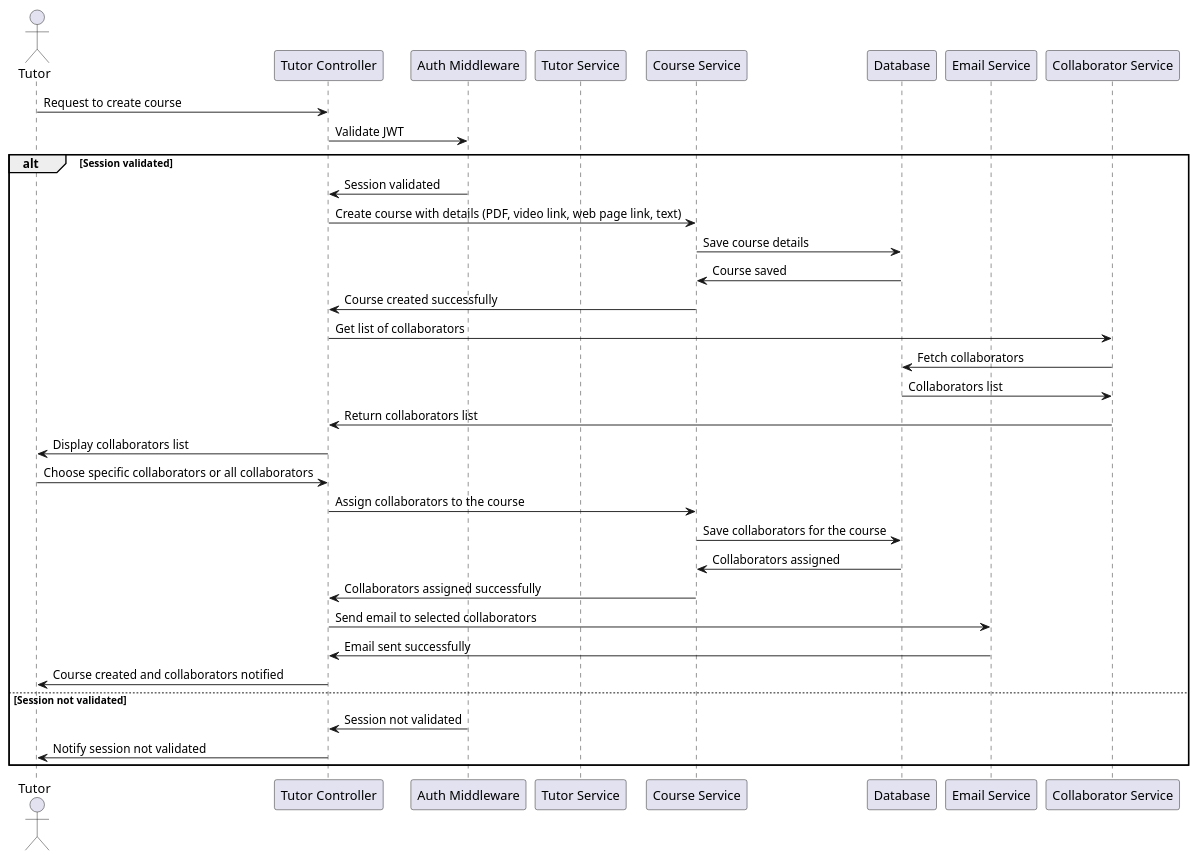
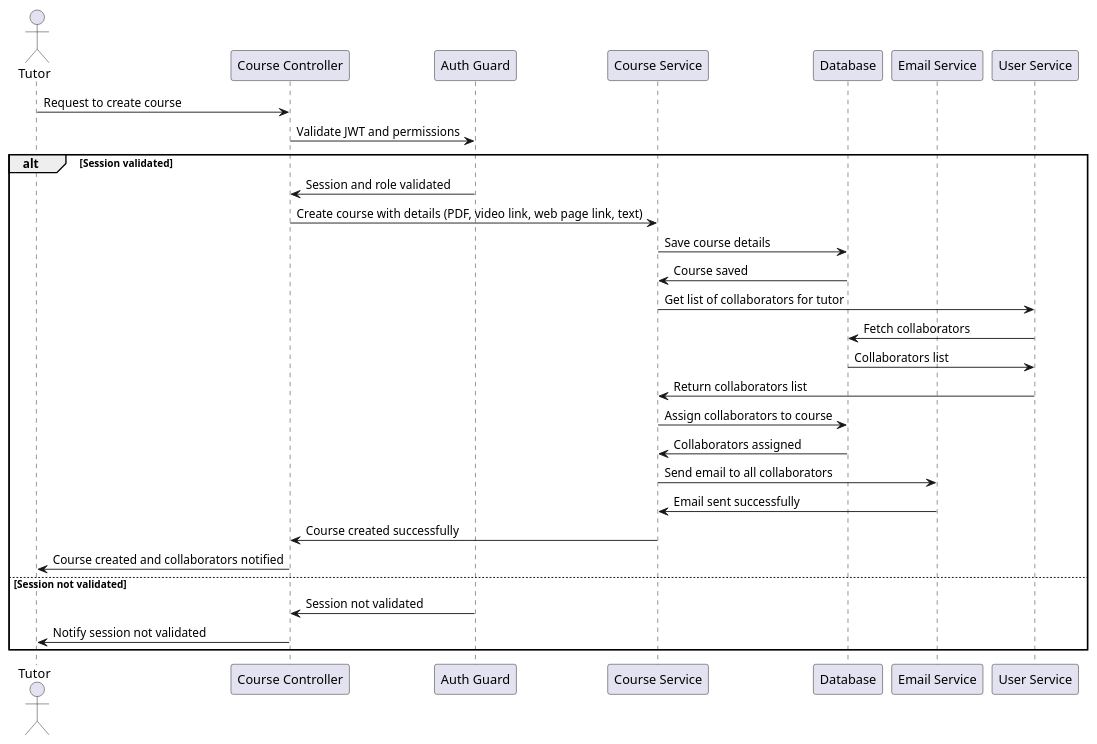
One commit to Davidben75/Elearn_api changed the diagram in UML/sequence/sequence_course_creation.pu. Above: the diagram before and after it, drawn with PlantUML. The commit also changed 3 other files, not shown here.

Commit message:
Update UML

```diff
--- a/UML/sequence/sequence_course_creation.pu
+++ b/UML/sequence/sequence_course_creation.pu
@@ -1,42 +1,38 @@
-@startuml 'Course creation'
+@startuml 'Course creation with centralized service logic'
 
 actor Tutor
-participant "Tutor Controller" as TutorController
-participant "Auth Middleware" as AuthMiddleware
-participant "Tutor Service" as TutorService
+participant "Course Controller" as CourseController
+participant "Auth Guard" as AuthGuard
 participant "Course Service" as CourseService
 participant "Database" as Database
 participant "Email Service" as EmailService
-participant "Collaborator Service" as CollaboratorService
+participant "User Service" as UsersService
 
-Tutor -> TutorController: Request to create course
-TutorController -> AuthMiddleware: Validate JWT
+Tutor -> CourseController: Request to create course
+CourseController -> AuthGuard: Validate JWT and permissions
 alt Session validated
-    AuthMiddleware -> TutorController: Session validated
-    TutorController -> CourseService: Create course with details (PDF, video link, web page link, text)
+    AuthGuard -> CourseController: Session and role validated
+    CourseController -> CourseService: Create course with details (PDF, video link, web page link, text)
+
     CourseService -> Database: Save course details
     Database -> CourseService: Course saved
-    CourseService -> TutorController: Course created successfully
 
-    TutorController -> CollaboratorService: Get list of collaborators
-    CollaboratorService -> Database: Fetch collaborators
-    Database -> CollaboratorService: Collaborators list
-    CollaboratorService -> TutorController: Return collaborators list
+    CourseService -> UsersService: Get list of collaborators for tutor
+    UsersService -> Database: Fetch collaborators
+    Database -> UsersService: Collaborators list
+    UsersService -> CourseService: Return collaborators list
 
-    TutorController -> Tutor: Display collaborators list
-    Tutor -> TutorController: Choose specific collaborators or all collaborators
-    TutorController -> CourseService: Assign collaborators to the course
-    CourseService -> Database: Save collaborators for the course
+    CourseService -> Database: Assign collaborators to course
     Database -> CourseService: Collaborators assigned
-    CourseService -> TutorController: Collaborators assigned successfully
 
-    TutorController -> EmailService: Send email to selected collaborators
-    EmailService -> TutorController: Email sent successfully
+    CourseService -> EmailService: Send email to all collaborators
+    EmailService -> CourseService: Email sent successfully
 
-    TutorController -> Tutor: Course created and collaborators notified
+    CourseService -> CourseController: Course created successfully
+    CourseController -> Tutor: Course created and collaborators notified
 else Session not validated
-    AuthMiddleware -> TutorController: Session not validated
-    TutorController -> Tutor: Notify session not validated
+    AuthGuard -> CourseController: Session not validated
+    CourseController -> Tutor: Notify session not validated
 end
 
 @enduml
```
